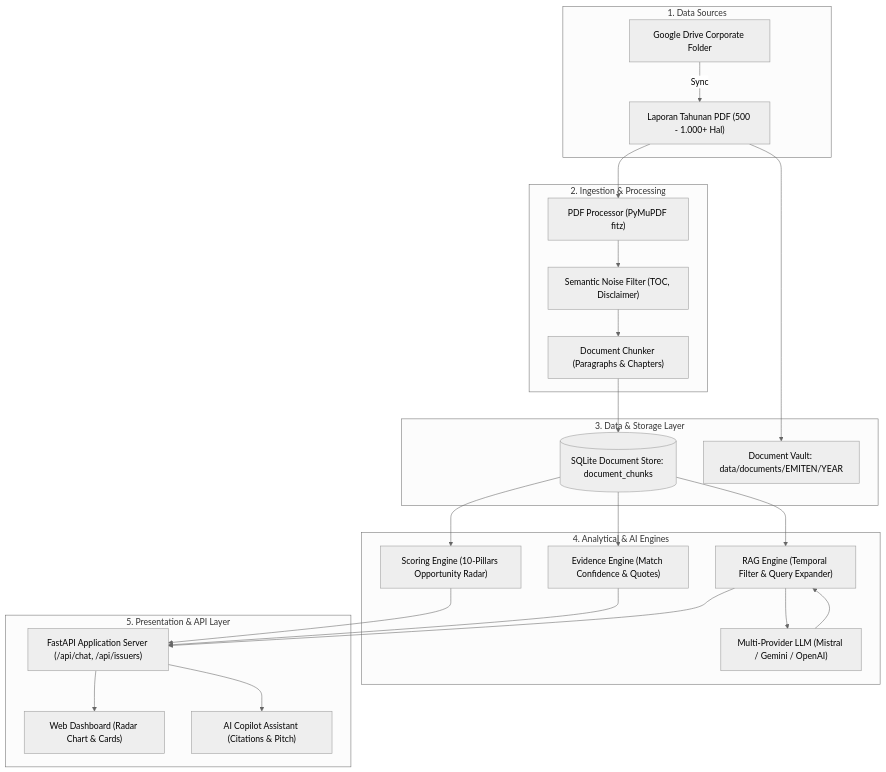
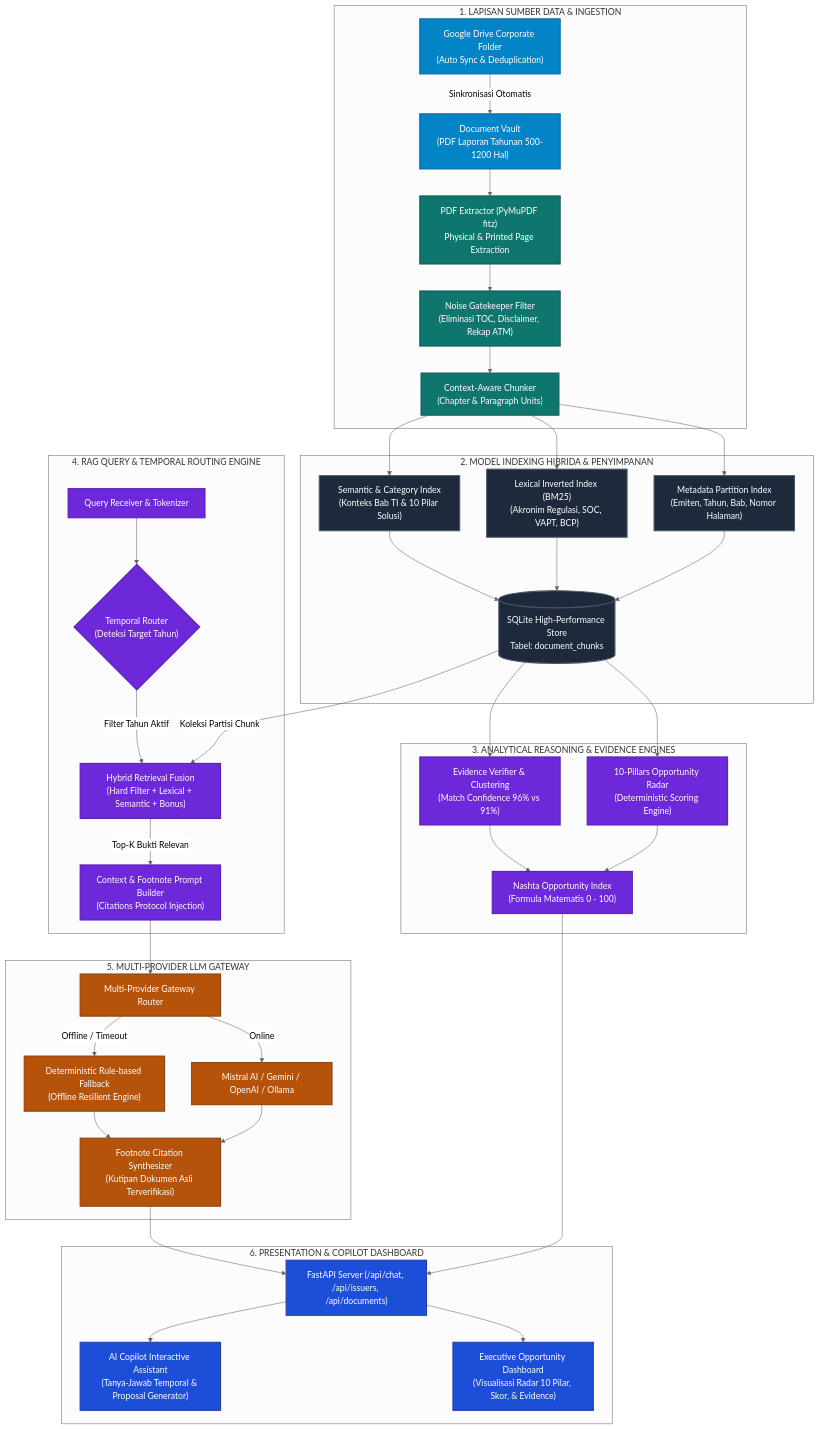
One commit to afiffathin31/annual-report-rag-nashta changed the first of 3 diagrams in docs/architecture.md. Above: the diagram before and after it, drawn with Mermaid (neutral theme). The commit also changed other lines of this file and 3 other files, not shown here.

Commit message:
docs: modernize integrated RAG architecture and hybrid indexing model with clean Mermaid diagrams

````diff
--- a/docs/architecture.md
+++ b/docs/architecture.md
@@ -23,51 +25,87 @@
 ```mermaid
-graph TD
-    subgraph S1["1. Data Sources"]
-        PDF["Laporan Tahunan PDF (500 - 1.000+ Hal)"]
-        GDrive["Google Drive Corporate Folder"]
+flowchart TD
+    %% Definisi Gaya Warna Elemen
+    classDef sourceClass fill:#0284c7,stroke:#0369a1,stroke-width:2px,color:#ffffff;
+    classDef processClass fill:#0f766e,stroke:#115e59,stroke-width:2px,color:#ffffff;
+    classDef storeClass fill:#1e293b,stroke:#475569,stroke-width:2px,color:#ffffff;
+    classDef engineClass fill:#6d28d9,stroke:#5b21b6,stroke-width:2px,color:#ffffff;
+    classDef llmClass fill:#b45309,stroke:#92400e,stroke-width:2px,color:#ffffff;
+    classDef uiClass fill:#1d4ed8,stroke:#1e40af,stroke-width:2px,color:#ffffff;
+
+    subgraph SEC_SOURCE ["1. LAPISAN SUMBER DATA & INGESTION"]
+        SRC_GDRIVE["Google Drive Corporate Folder<br/>(Auto Sync & Deduplication)"]:::sourceClass
+        SRC_PDF["Document Vault<br/>(PDF Laporan Tahunan 500-1200 Hal)"]:::sourceClass
+        ING_EXTRACT["PDF Extractor (PyMuPDF fitz)<br/>Physical & Printed Page Extraction"]:::processClass
+        ING_FILTER["Noise Gatekeeper Filter<br/>(Eliminasi TOC, Disclaimer, Rekap ATM)"]:::processClass
+        ING_CHUNK["Context-Aware Chunker<br/>(Chapter & Paragraph Units)"]:::processClass
     end
 
-    subgraph S2["2. Ingestion & Processing"]
-        PyMuPDF["PDF Processor (PyMuPDF fitz)"]
-        NoiseFilter["Semantic Noise Filter (TOC, Disclaimer)"]
-        Chunker["Document Chunker (Paragraphs & Chapters)"]
+    subgraph SEC_STORAGE ["2. MODEL INDEXING HIBRIDA & PENYIMPANAN"]
+        IDX_META["Metadata Partition Index<br/>(Emiten, Tahun, Bab, Nomor Halaman)"]:::storeClass
+        IDX_LEX["Lexical Inverted Index (BM25)<br/>(Akronim Regulasi, SOC, VAPT, BCP)"]:::storeClass
+        IDX_SEM["Semantic & Category Index<br/>(Konteks Bab TI & 10 Pilar Solusi)"]:::storeClass
+        DB_SQLITE[("SQLite High-Performance Store<br/>Tabel: document_chunks")]:::storeClass
     end
 
-    subgraph S3["3. Data & Storage Layer"]
-        DB[("SQLite Document Store: document_chunks")]
-        Vault["Document Vault: data/documents/EMITEN/YEAR"]
+    subgraph SEC_REASONING ["3. ANALYTICAL REASONING & EVIDENCE ENGINES"]
+        ENG_RADAR["10-Pillars Opportunity Radar<br/>(Deterministic Scoring Engine)"]:::engineClass
+        ENG_EVIDENCE["Evidence Verifier & Clustering<br/>(Match Confidence 96% vs 91%)"]:::engineClass
+        ENG_METRIC["Nashta Opportunity Index<br/>(Formula Matematis 0 - 100)"]:::engineClass
     end
 
-    subgraph S4["4. Analytical & AI Engines"]
-        Scoring["Scoring Engine (10-Pillars Opportunity Radar)"]
-        Evidence["Evidence Engine (Match Confidence & Quotes)"]
-        RAGEngine["RAG Engine (Temporal Filter & Query Expander)"]
-        LLM["Multi-Provider LLM (Mistral / Gemini / OpenAI)"]
+    subgraph SEC_RAG ["4. RAG QUERY & TEMPORAL ROUTING ENGINE"]
+        RAG_QUERY["Query Receiver & Tokenizer"]:::engineClass
+        RAG_TEMP{"Temporal Router<br/>(Deteksi Target Tahun)"}:::engineClass
+        RAG_FUSE["Hybrid Retrieval Fusion<br/>(Hard Filter + Lexical + Semantic + Bonus)"]:::engineClass
+        RAG_PROMPT["Context & Footnote Prompt Builder<br/>(Citations Protocol Injection)"]:::engineClass
     end
 
-    subgraph S5["5. Presentation & API Layer"]
-        API["FastAPI Application Server (/api/chat, /api/issuers)"]
-        Dashboard["Web Dashboard (Radar Chart & Cards)"]
-        Copilot["AI Copilot Assistant (Citations & Pitch)"]
+    subgraph SEC_GATEWAY ["5. MULTI-PROVIDER LLM GATEWAY"]
+        LLM_ROUTER["Multi-Provider Gateway Router"]:::llmClass
+        LLM_MODELS["Mistral AI / Gemini / OpenAI / Ollama"]:::llmClass
+        LLM_FALLBACK["Deterministic Rule-based Fallback<br/>(Offline Resilient Engine)"]:::llmClass
+        LLM_SYNTH["Footnote Citation Synthesizer<br/>(Kutipan Dokumen Asli Terverifikasi)"]:::llmClass
     end
 
-    PDF --> PyMuPDF
-    GDrive -->|Sync| PDF
-    PyMuPDF --> NoiseFilter
-    NoiseFilter --> Chunker
-    Chunker --> DB
-    PDF --> Vault
+    subgraph SEC_UI ["6. PRESENTATION & COPILOT DASHBOARD"]
+        API_SERVER["FastAPI Server (/api/chat, /api/issuers, /api/documents)"]:::uiClass
+        UI_RADAR["Executive Opportunity Dashboard<br/>(Visualisasi Radar 10 Pilar, Skor, & Evidence)"]:::uiClass
+        UI_COPILOT["AI Copilot Interactive Assistant<br/>(Tanya-Jawab Temporal & Proposal Generator)"]:::uiClass
+    end
 
-    DB --> Scoring
-    DB --> Evidence
-    DB --> RAGEngine
+    %% Relasi Antar Komponen
+    SRC_GDRIVE -->|Sinkronisasi Otomatis| SRC_PDF
+    SRC_PDF --> ING_EXTRACT
+    ING_EXTRACT --> ING_FILTER
+    ING_FILTER --> ING_CHUNK
+    
+    ING_CHUNK --> IDX_META
+    ING_CHUNK --> IDX_LEX
+    ING_CHUNK --> IDX_SEM
+    
+    IDX_META --> DB_SQLITE
+    IDX_LEX --> DB_SQLITE
+    IDX_SEM --> DB_SQLITE
 
-    Scoring --> API
-    Evidence --> API
-    RAGEngine --> LLM
-    LLM --> RAGEngine
-    RAGEngine --> API
+    DB_SQLITE --> ENG_RADAR
+    DB_SQLITE --> ENG_EVIDENCE
+    ENG_RADAR --> ENG_METRIC
+    ENG_EVIDENCE --> ENG_METRIC
 
-    API --> Dashboard
-    API --> Copilot
+    RAG_QUERY --> RAG_TEMP
+    RAG_TEMP -->|Filter Tahun Aktif| RAG_FUSE
+    DB_SQLITE -->|Koleksi Partisi Chunk| RAG_FUSE
+    RAG_FUSE -->|Top-K Bukti Relevan| RAG_PROMPT
+
+    RAG_PROMPT --> LLM_ROUTER
+    LLM_ROUTER -->|Online| LLM_MODELS
+    LLM_ROUTER -->|Offline / Timeout| LLM_FALLBACK
+    LLM_MODELS --> LLM_SYNTH
+    LLM_FALLBACK --> LLM_SYNTH
+
+    ENG_METRIC --> API_SERVER
+    LLM_SYNTH --> API_SERVER
+    
+    API_SERVER --> UI_RADAR
+    API_SERVER --> UI_COPILOT
 ```
````
